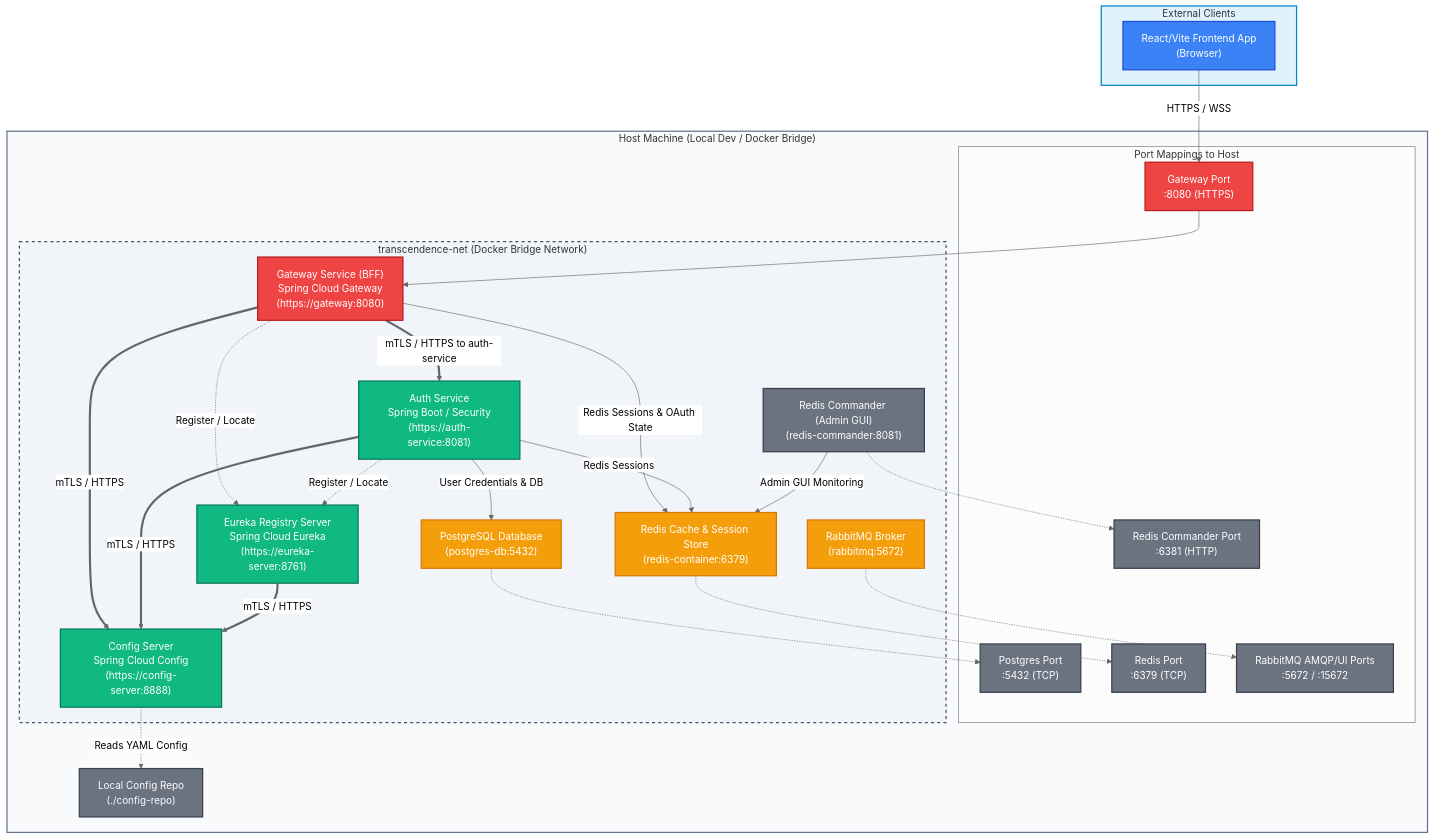
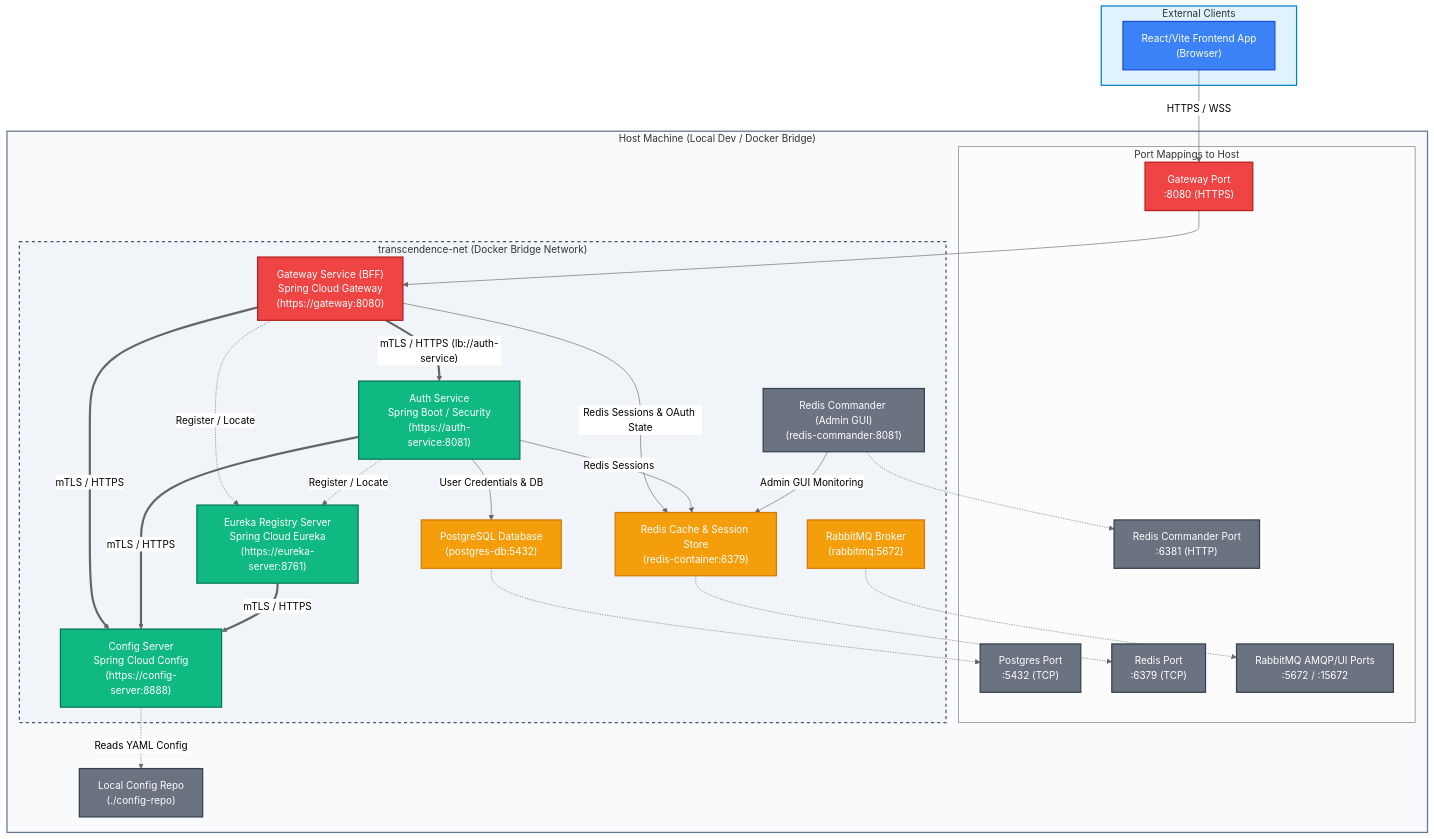
The first of 5 diagrams in docs/README.md (Laxuard/Chess), drawn with Mermaid (neutral theme) before and after one commit. The commit also changed other lines of this file and 3 other files, not shown here.

Commit message:
docs: update README and architectural diagrams for clarity and consistency in service communication details

````diff
--- a/docs/README.md
+++ b/docs/README.md
@@ -11,77 +11,77 @@
 ```mermaid
 flowchart TB
     %% Nodes styling
     classDef client fill:#3b82f6,stroke:#1d4ed8,stroke-width:2px,color:#fff;
     classDef public fill:#ef4444,stroke:#b91c1c,stroke-width:2px,color:#fff;
     classDef internal fill:#10b981,stroke:#047857,stroke-width:2px,color:#fff;
     classDef db fill:#f59e0b,stroke:#d97706,stroke-width:2px,color:#fff;
     classDef infra fill:#6b7280,stroke:#374151,stroke-width:2px,color:#fff;
 
     subgraph External_Network ["External Clients"]
         Browser["React/Vite Frontend App<br>(Browser)"]:::client
     end
 
     subgraph Host_Machine ["Host Machine (Local Dev / Docker Bridge)"]
         subgraph Exposed_Ports ["Port Mappings to Host"]
             GatewayPort["Gateway Port<br>:8080 (HTTPS)"]:::public
             DbPort["Postgres Port<br>:5432 (TCP)"]:::infra
             RedisPort["Redis Port<br>:6379 (TCP)"]:::infra
             RedisCommanderPort["Redis Commander Port<br>:6381 (HTTP)"]:::infra
             RabbitPort["RabbitMQ AMQP/UI Ports<br>:5672 / :15672"]:::infra
         end
 
         subgraph transcendence_net ["transcendence-net (Docker Bridge Network)"]
             %% Public Entrypoint
             Gateway["Gateway Service (BFF)<br>Spring Cloud Gateway<br>(https://gateway:8080)"]:::public
 
             %% Internal Microservices
             AuthService["Auth Service<br>Spring Boot / Security<br>(https://auth-service:8081)"]:::internal
             EurekaServer["Eureka Registry Server<br>Spring Cloud Eureka<br>(https://eureka-server:8761)"]:::internal
             ConfigServer["Config Server<br>Spring Cloud Config<br>(https://config-server:8888)"]:::internal
 
             %% Infrastructure & Databases
             Postgres["PostgreSQL Database<br>(postgres-db:5432)"]:::db
             Redis["Redis Cache & Session Store<br>(redis-container:6379)"]:::db
             RabbitMQ["RabbitMQ Broker<br>(rabbitmq:5672)"]:::db
             RedisCommander["Redis Commander (Admin GUI)<br>(redis-commander:8081)"]:::infra
         end
         
         ConfigRepo["Local Config Repo<br>(./config-repo)"]:::infra
     end
 
     %% Communication Links
-    Browser -->|HTTPS / WSS| GatewayPort
+    Browser -->|"HTTPS / WSS"| GatewayPort
     GatewayPort --> Gateway
 
     %% Config server loading
-    ConfigServer -.->|Reads YAML Config| ConfigRepo
+    ConfigServer -.->|"Reads YAML Config"| ConfigRepo
     
     %% Service Discovery Registration
-    Gateway -.->|Register / Locate| EurekaServer
-    AuthService -.->|Register / Locate| EurekaServer
+    Gateway -.->|"Register / Locate"| EurekaServer
+    AuthService -.->|"Register / Locate"| EurekaServer
 
     %% Config retrieval (mTLS)
-    Gateway ==>|mTLS / HTTPS| ConfigServer
-    AuthService ==>|mTLS / HTTPS| ConfigServer
-    EurekaServer ==>|mTLS / HTTPS| ConfigServer
+    Gateway ==>|"mTLS / HTTPS"| ConfigServer
+    AuthService ==>|"mTLS / HTTPS"| ConfigServer
+    EurekaServer ==>|"mTLS / HTTPS"| ConfigServer
 
     %% Downstream Service Calls (mTLS)
-    Gateway ==>|mTLS / HTTPS to auth-service| AuthService
+    Gateway ==>|"mTLS / HTTPS (lb://auth-service)"| AuthService
 
     %% Database & Cache Connections
-    Gateway -->|Redis Sessions & OAuth State| Redis
-    AuthService -->|User Credentials & DB| Postgres
-    AuthService -->|Redis Sessions| Redis
-    RedisCommander -->|Admin GUI Monitoring| Redis
+    Gateway -->|"Redis Sessions & OAuth State"| Redis
+    AuthService -->|"User Credentials & DB"| Postgres
+    AuthService -->|"Redis Sessions"| Redis
+    RedisCommander -->|"Admin GUI Monitoring"| Redis
     
     %% Port exposures
     Postgres -.-> DbPort
     Redis -.-> RedisPort
     RedisCommander -.-> RedisCommanderPort
     RabbitMQ -.-> RabbitPort
 
     %% Legend
     style External_Network fill:#e0f2fe,stroke:#0284c7,stroke-width:2px;
     style Host_Machine fill:#f8fafc,stroke:#64748b,stroke-width:2px;
     style transcendence_net fill:#f1f5f9,stroke:#475569,stroke-width:2px,stroke-dasharray: 5 5;
 ```
````
